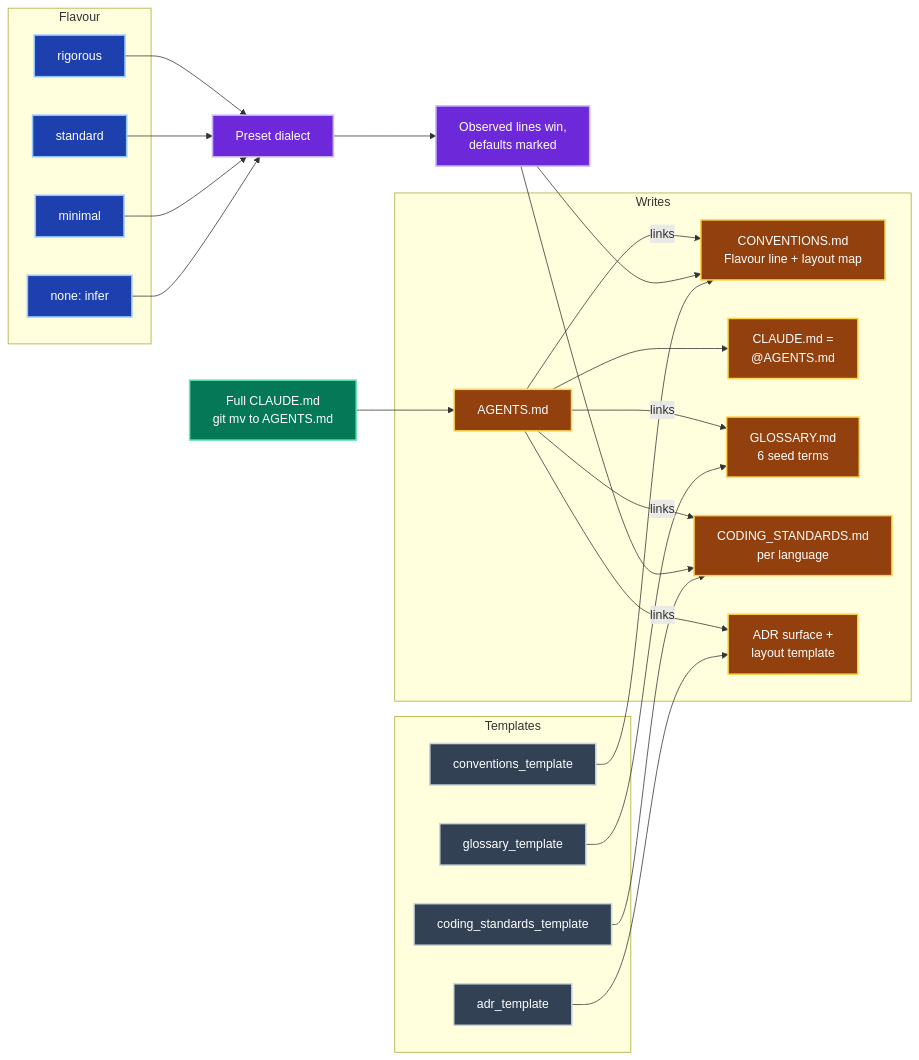
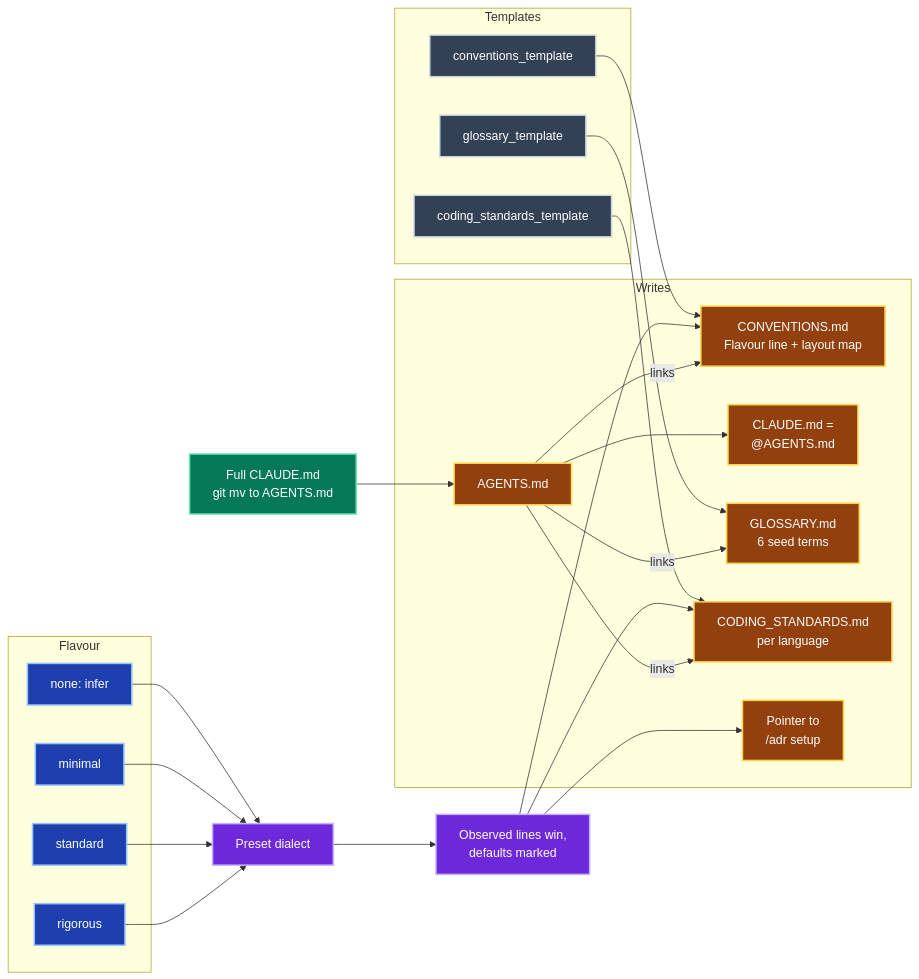
The tenth of 12 diagrams in skills/librarian/ARCHITECTURE.md (jpeakai/skills), drawn with Mermaid before and after one commit. The commit also changed other lines of this file and 49 other files, not shown here.

````diff
--- a/skills/librarian/ARCHITECTURE.md
+++ b/skills/librarian/ARCHITECTURE.md
@@ -366,54 +362,52 @@
 ```mermaid
 flowchart LR
     subgraph FLV["Flavour"]
         NONE["none: infer"]:::input
         MIN["minimal"]:::input
         STD["standard"]:::input
         RIG["rigorous"]:::input
     end
 
     PICK["Preset dialect"]:::rule
     OBS["Observed lines win,<br/>defaults marked"]:::rule
 
     subgraph TPL["Templates"]
         CT["conventions_template"]:::resource
         GT["glossary_template"]:::resource
         ST["coding_standards_template"]:::resource
-        AT["adr_template"]:::resource
     end
 
     subgraph WRITE["Writes"]
         CONV["CONVENTIONS.md<br/>Flavour line + layout map"]:::artifact
         AG["AGENTS.md"]:::artifact
         CL["CLAUDE.md =<br/>@AGENTS.md"]:::artifact
         GL["GLOSSARY.md<br/>6 seed terms"]:::artifact
         CSD["CODING_STANDARDS.md<br/>per language"]:::artifact
-        ADRS["ADR surface +<br/>layout template"]:::artifact
+        ADRS["Pointer to<br/>/adr setup"]:::artifact
     end
 
     MVCL["Full CLAUDE.md<br/>git mv to AGENTS.md"]:::step
 
     NONE --> PICK
     MIN --> PICK
     STD --> PICK
     RIG --> PICK
     PICK --> OBS
     CT --> CONV
     GT --> GL
     ST --> CSD
     OBS --> CONV
     OBS --> CSD
-    AT --> ADRS
+    OBS --> ADRS
     MVCL --> AG
     AG --> CL
     AG -- links --> CONV
     AG -- links --> GL
     AG -- links --> CSD
-    AG -- links --> ADRS
 
     classDef input    fill:#1e40af,stroke:#93c5fd,color:#fff,stroke-width:2px
     classDef rule     fill:#6d28d9,stroke:#c4b5fd,color:#fff,stroke-width:2px
     classDef step     fill:#047857,stroke:#6ee7b7,color:#fff,stroke-width:2px
     classDef resource fill:#334155,stroke:#cbd5e1,color:#fff,stroke-width:2px
     classDef artifact fill:#92400e,stroke:#fcd34d,color:#fff,stroke-width:2px
 ```
````
